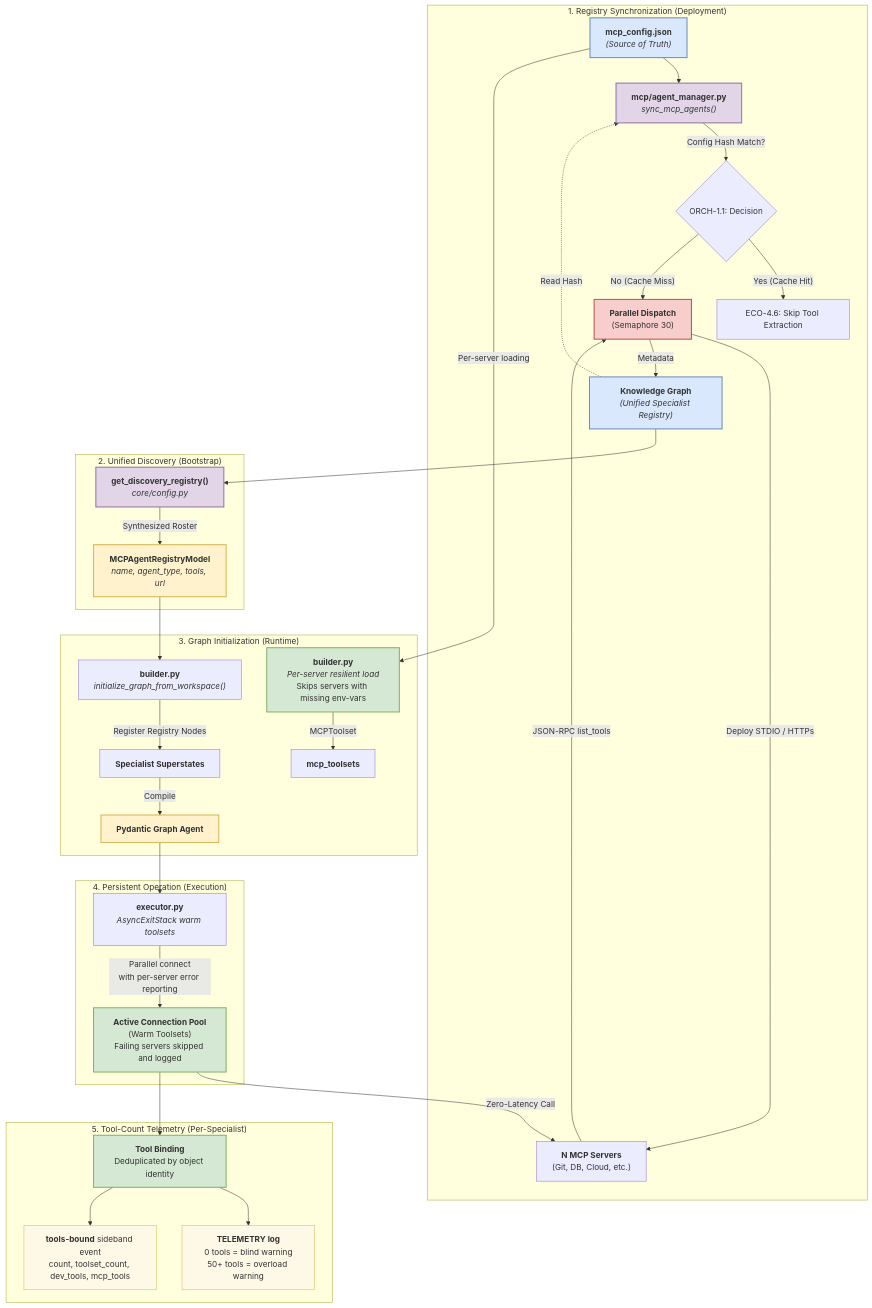
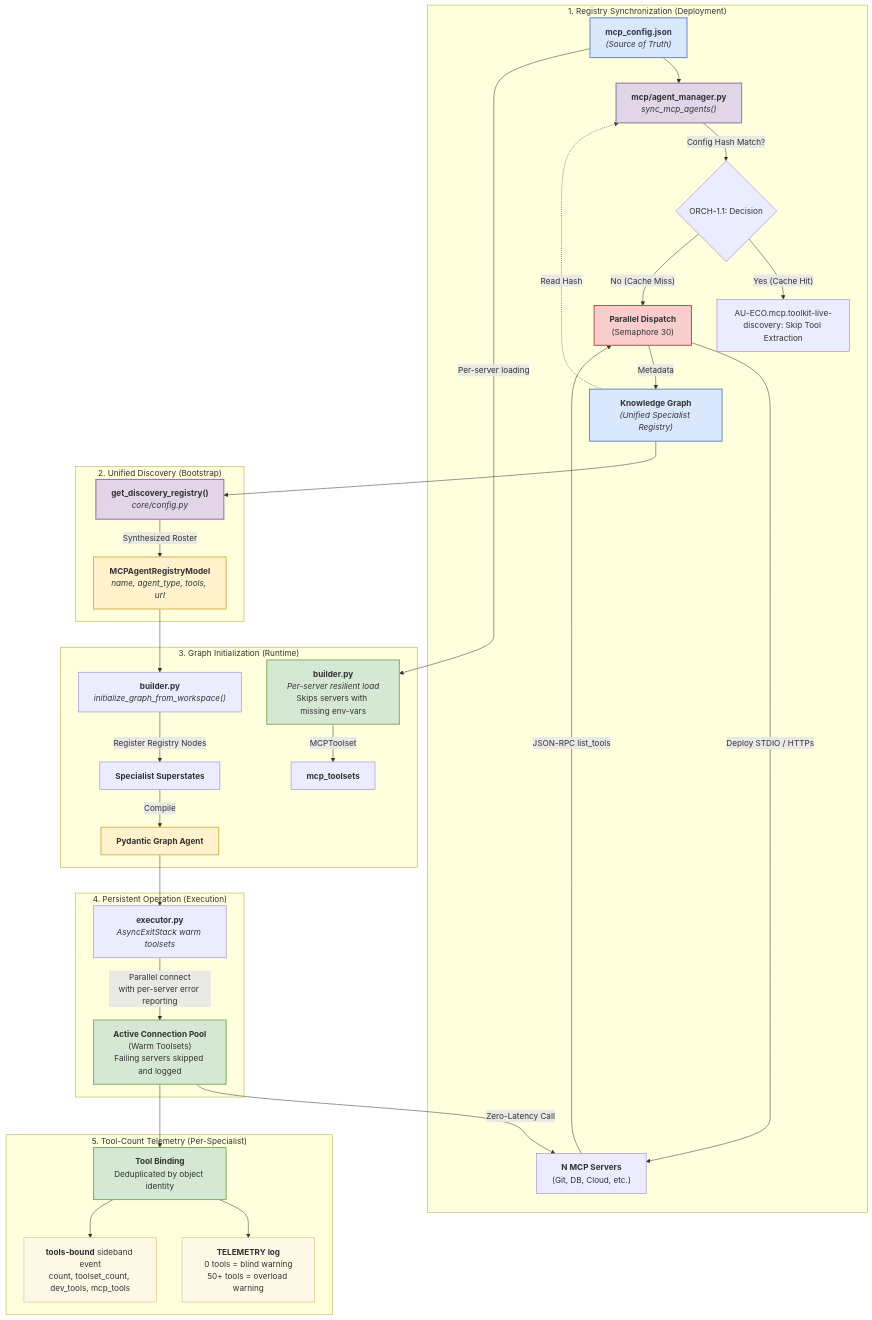
Before and after one commit to Knuckles-Team/agent-utilities: the diagram in docs/guides/agents.md, drawn with Mermaid. The commit also changed 2324 other files, not shown here.

````diff
--- a/docs/guides/agents.md
+++ b/docs/guides/agents.md
@@ -35,53 +35,53 @@
 ```mermaid
 graph TD
     subgraph Registry_Phase ["1. Registry Synchronization (Deployment)"]
         Config["<b>mcp_config.json</b><br/><i>(Source of Truth)</i>"] --> Manager["<b>mcp/agent_manager.py</b><br/><i>sync_mcp_agents()</i>"]
         KG_Registry["<b>Knowledge Graph</b><br/><i>(Unified Specialist Registry)</i>"] -.->|Read Hash| Manager
 
         Manager -->|Config Hash Match?| Branch{ORCH-1.1: Decision}
-        Branch -- "Yes (Cache Hit)" --> Skip["ECO-4.6: Skip Tool Extraction"]
+        Branch -- "Yes (Cache Hit)" --> Skip["AU-ECO.mcp.toolkit-live-discovery: Skip Tool Extraction"]
         Branch -- "No (Cache Miss)" --> Parallel["<b>Parallel Dispatch</b><br/>(Semaphore 30)"]
 
         Parallel -->|Deploy STDIO / HTTPs| Servers["<b>N MCP Servers</b><br/>(Git, DB, Cloud, etc.)"]
         Servers -->|JSON-RPC list_tools| Parallel
         Parallel -->|Metadata| KG_Registry
     end
 
     subgraph Unified_Discovery ["2. Unified Discovery (Bootstrap)"]
         KG_Registry --> UAL["<b>get_discovery_registry()</b><br/><i>core/config.py</i>"]
         UAL -->|Synthesized Roster| Roster["<b>MCPAgentRegistryModel</b><br/><i>name, agent_type, tools, url</i>"]
     end
 
     subgraph Initialization_Phase ["3. Graph Initialization (Runtime)"]
         Config -->|Per-server loading| Loader["<b>builder.py</b><br/><i>Per-server resilient load</i><br/>Skips servers with missing env-vars"]
         Roster --> Builder["<b>builder.py</b><br/><i>initialize_graph_from_workspace()</i>"]
         Loader -->|MCPToolset| ToolPool["<b>mcp_toolsets</b>"]
         Builder -->|Register Registry Nodes| Specialists["<b>Specialist Superstates</b>"]
         Specialists -->|Compile| GraphAgent["<b>Pydantic Graph Agent</b>"]
     end
 
     subgraph Operation_Phase ["4. Persistent Operation (Execution)"]
         GraphAgent --> Lifespan["<b>executor.py</b><br/><i>AsyncExitStack warm toolsets</i>"]
         Lifespan -->|"Parallel connect<br/>with per-server error reporting"| ConnPool["<b>Active Connection Pool</b><br/>(Warm Toolsets)<br/>Failing servers skipped and logged"]
         ConnPool -->|Zero-Latency Call| Servers
     end
 
     subgraph Telemetry_Phase ["5. Tool-Count Telemetry (Per-Specialist)"]
         ConnPool --> Bind["<b>Tool Binding</b><br/>Deduplicated by object identity"]
         Bind --> TelLog["<b>TELEMETRY log</b><br/>0 tools = blind warning<br/>50+ tools = overload warning"]
         Bind --> TelEvent["<b>tools-bound</b> sideband event<br/>count, toolset_count, dev_tools, mcp_tools"]
     end
 
     style Config fill:#dae8fe,stroke:#6c8ebf,stroke-width:2px
     style KG_Registry fill:#dae8fe,stroke:#6c8ebf,stroke-width:2px
     style Manager fill:#e1d5e7,stroke:#9673a6,stroke-width:2px
     style Parallel fill:#f8cecc,stroke:#b85450,stroke-width:2px
     style ConnPool fill:#d5e8d4,stroke:#82b366,stroke-width:2px
     style GraphAgent fill:#fff2cc,stroke:#d6b656,stroke-width:2px
     style Loader fill:#d5e8d4,stroke:#82b366,stroke-width:2px
     style UAL fill:#e1d5e7,stroke:#9673a6,stroke-width:2px
     style Roster fill:#fff2cc,stroke:#d6b656,stroke-width:2px
     style Bind fill:#d5e8d4,stroke:#82b366,stroke-width:2px
     style TelLog fill:#fef9e7,stroke:#d6b656,stroke-width:1px
     style TelEvent fill:#fef9e7,stroke:#d6b656,stroke-width:1px
 ```
````
